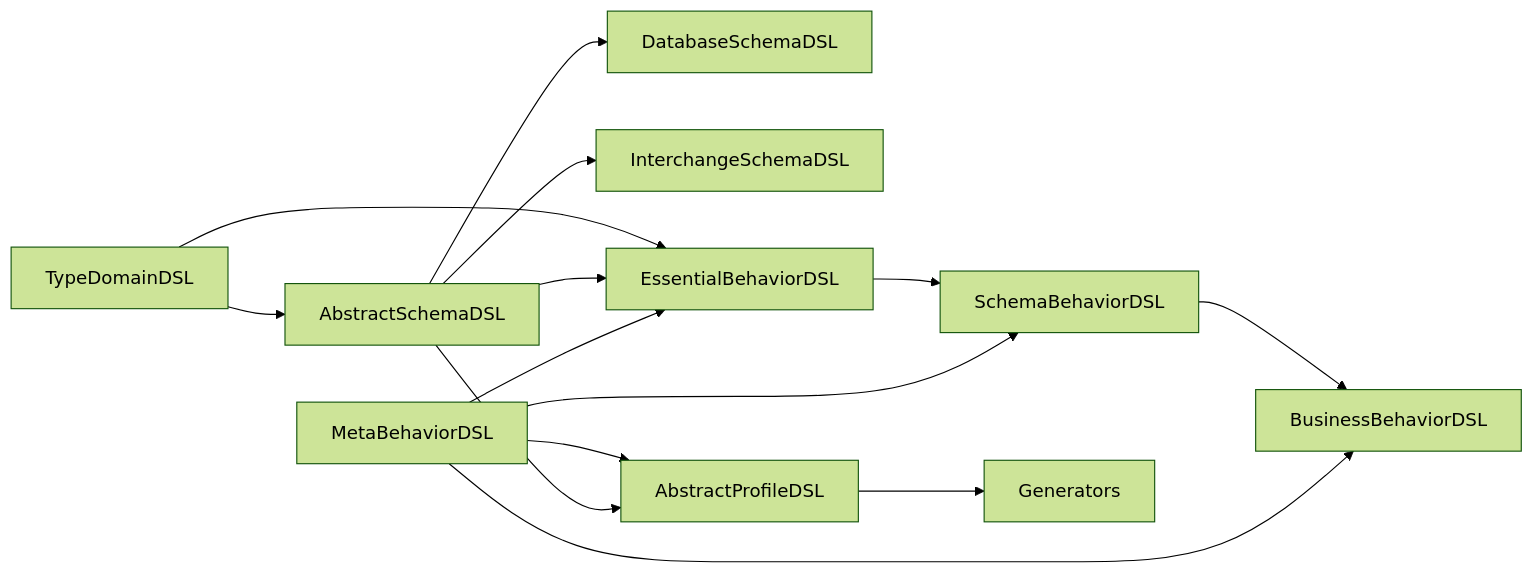
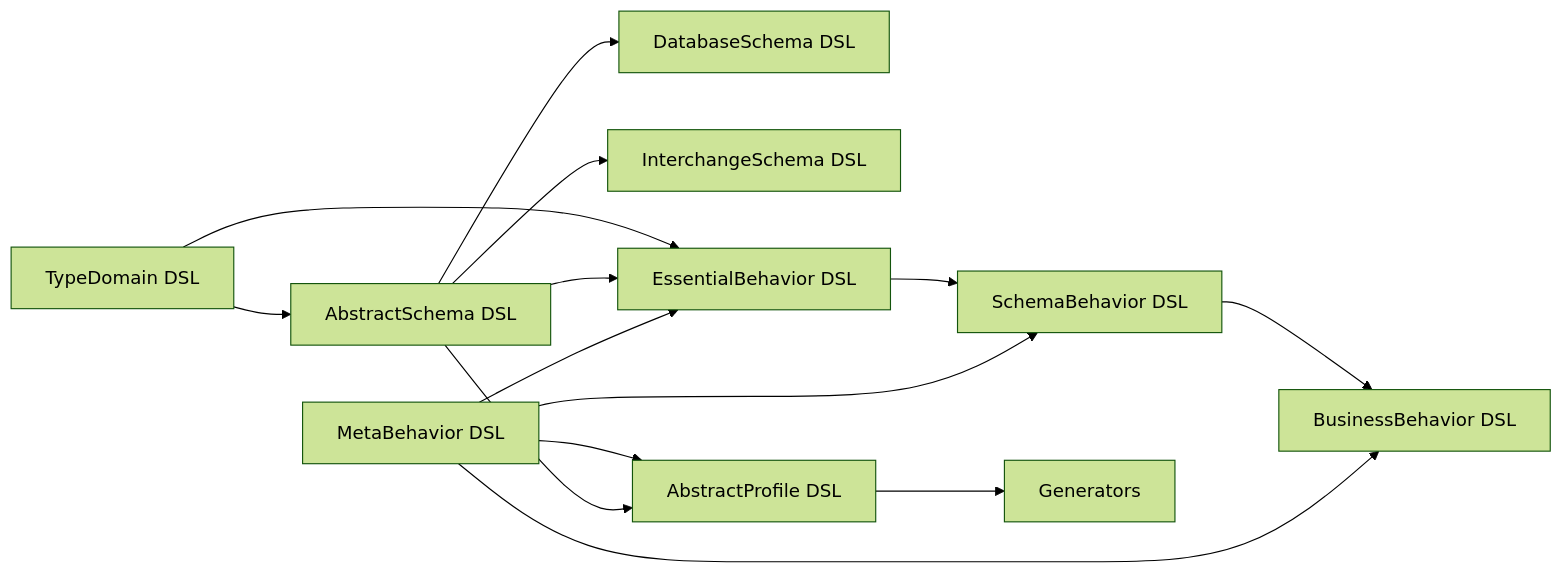
One commit to Algites-EU/pub.pltf.Modustro changed the sixth of 9 diagrams in specs/dsl/Modustro-DSL-And-Core-Concepts.md. Above: the diagram before and after it, drawn with Mermaid (forest theme). The commit also changed other lines of this file and 4 other files, not shown here.

````diff
--- a/specs/dsl/Modustro-DSL-And-Core-Concepts.md
+++ b/specs/dsl/Modustro-DSL-And-Core-Concepts.md
@@ -562,20 +555,20 @@
 ```mermaid
 graph LR
-    TDD[TypeDomainDSL] --> ASD[AbstractSchemaDSL]
+    TD[TypeDomain DSL] --> AS[AbstractSchema DSL]
 
-    ASD --> DSD[DatabaseSchemaDSL]
-    ASD --> ISD[InterchangeSchemaDSL]
+    AS --> DS[DatabaseSchema DSL]
+    AS --> IS[InterchangeSchema DSL]
 
-    TDD --> EBD[EssentialBehaviorDSL]
-    ASD --> EBD
-    EBD --> SBD[SchemaBehaviorDSL]
-    SBD --> BBD[BusinessBehaviorDSL]
+    TD --> EB[EssentialBehavior DSL]
+    AS --> EB
+    EB --> SB[SchemaBehavior DSL]
+    SB --> BB[BusinessBehavior DSL]
 
-    MBD[MetaBehaviorDSL] --> EBD
-    MBD --> SBD
-    MBD --> BBD
-    MBD --> APD[AbstractProfileDSL]
+    MB[MetaBehavior DSL] --> EB
+    MB --> SB
+    MB --> BB
+    MB --> AP[AbstractProfile DSL]
 
-    ASD --> APD
-    APD --> Generators
+    AS --> AP
+    AP --> Generators
 ```
````
